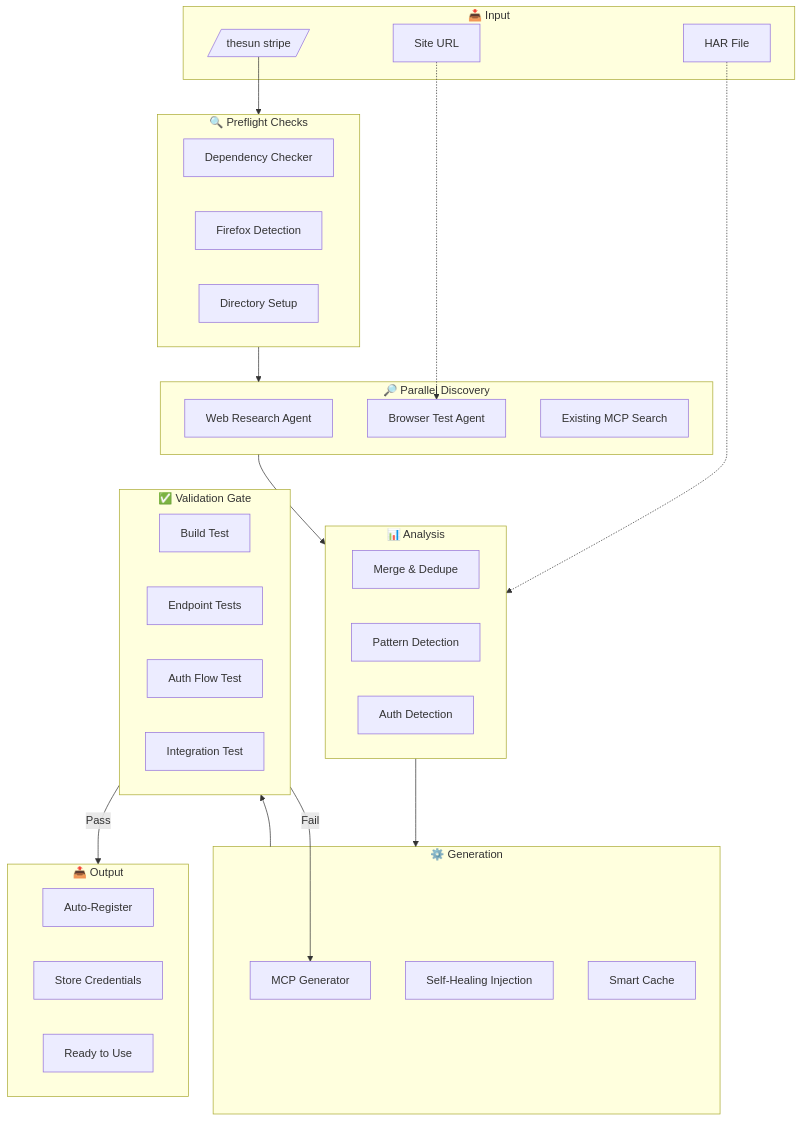
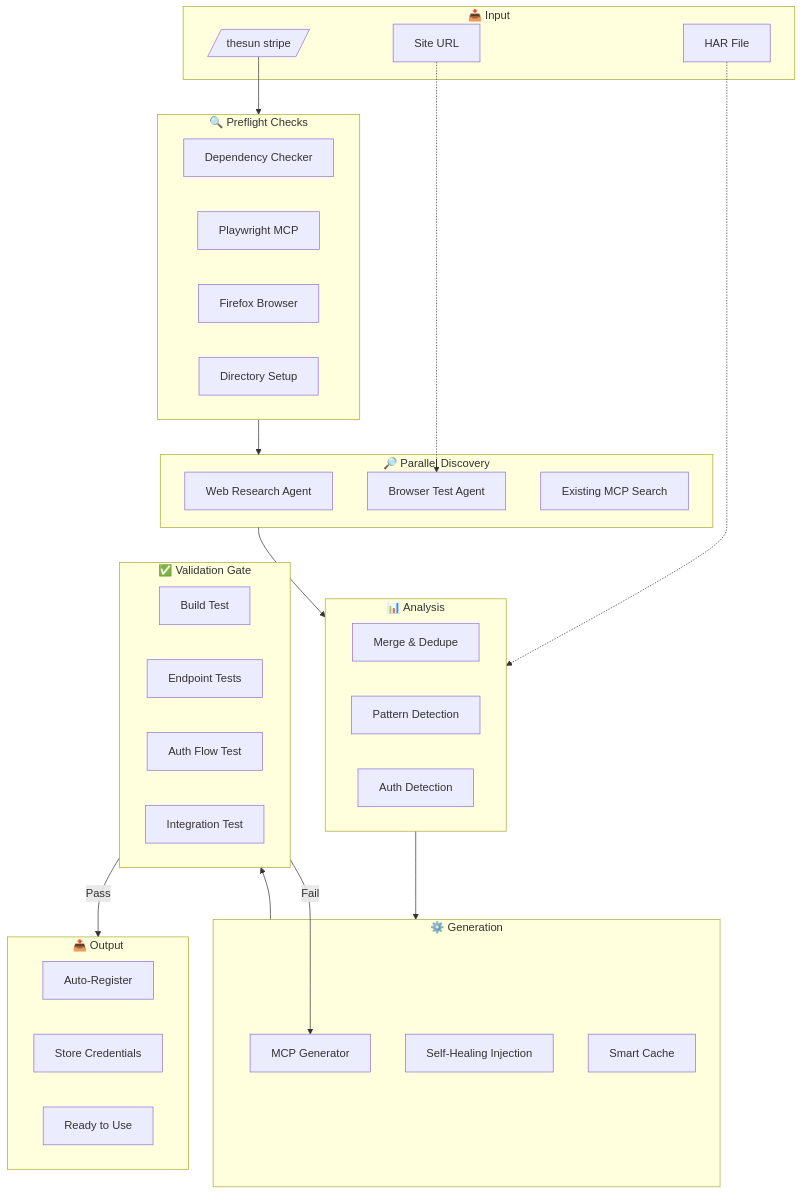
Before and after one commit to schwarztim/thesun: the first of 9 diagrams in README.md, drawn with Mermaid. The commit also changed other lines of this file and 7 other files, not shown here.

First line of the commit message:
feat: migrate from firefox-devtools to Playwright MCP with Firefox

````diff
--- a/README.md
+++ b/README.md
@@ -127,56 +127,57 @@
 ```mermaid
 flowchart TB
     subgraph Input["📥 Input"]
         CMD[/"thesun stripe"/]
         HAR["HAR File"]
         URL["Site URL"]
     end
 
     subgraph Preflight["🔍 Preflight Checks"]
         DEP["Dependency Checker"]
-        FIREFOX["Firefox Detection"]
+        PW["Playwright MCP"]
+        FIREFOX["Firefox Browser"]
         DIR["Directory Setup"]
     end
 
     subgraph Discovery["🔎 Parallel Discovery"]
         WEB["Web Research Agent"]
         BROWSER["Browser Test Agent"]
         EXISTING["Existing MCP Search"]
     end
 
     subgraph Analysis["📊 Analysis"]
         MERGE["Merge & Dedupe"]
         PATTERN["Pattern Detection"]
         AUTH["Auth Detection"]
     end
 
     subgraph Generation["⚙️ Generation"]
         GEN["MCP Generator"]
         SELFHEAL["Self-Healing Injection"]
         CACHE["Smart Cache"]
     end
 
     subgraph Validation["✅ Validation Gate"]
         BUILD["Build Test"]
         ENDPOINT["Endpoint Tests"]
         AUTHTEST["Auth Flow Test"]
         INTEGRATION["Integration Test"]
     end
 
     subgraph Output["📤 Output"]
         REGISTER["Auto-Register"]
         CREDS["Store Credentials"]
         DONE["Ready to Use"]
     end
 
     CMD --> Preflight
     HAR -.-> Analysis
     URL -.-> BROWSER
 
     Preflight --> Discovery
     Discovery --> Analysis
     Analysis --> Generation
     Generation --> Validation
     Validation -->|Pass| Output
     Validation -->|Fail| GEN
 ```
````
